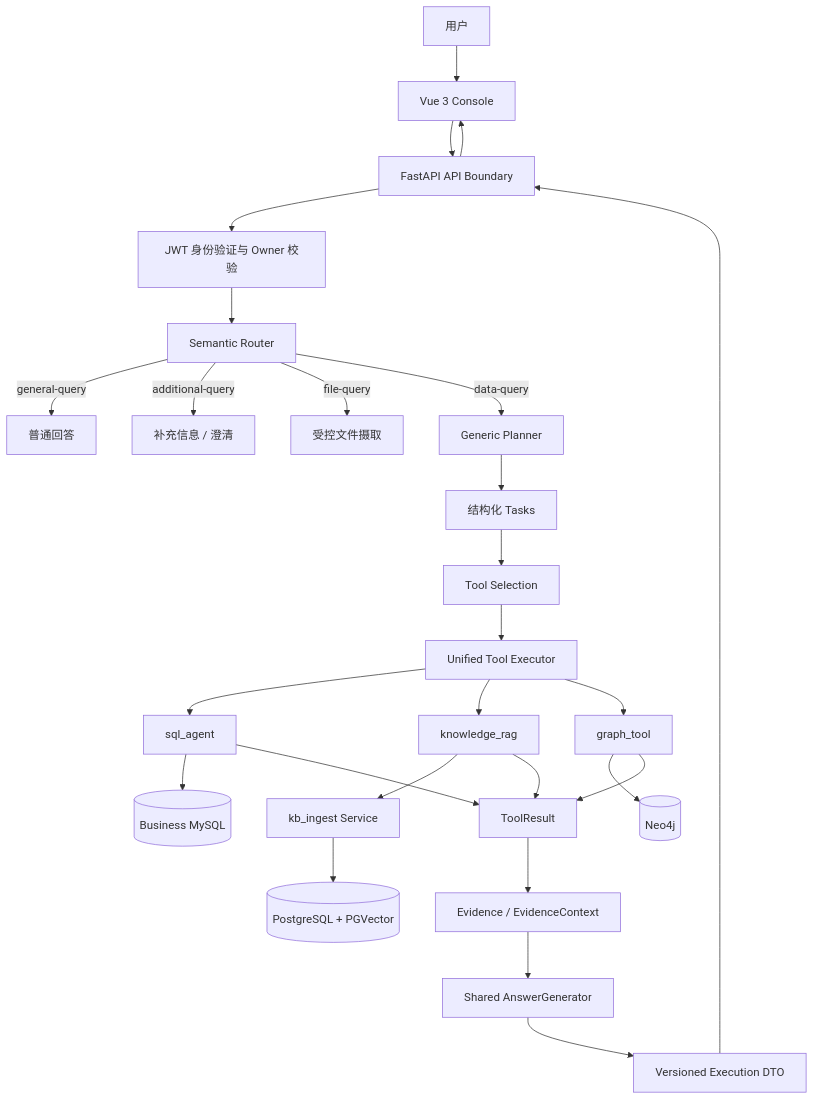
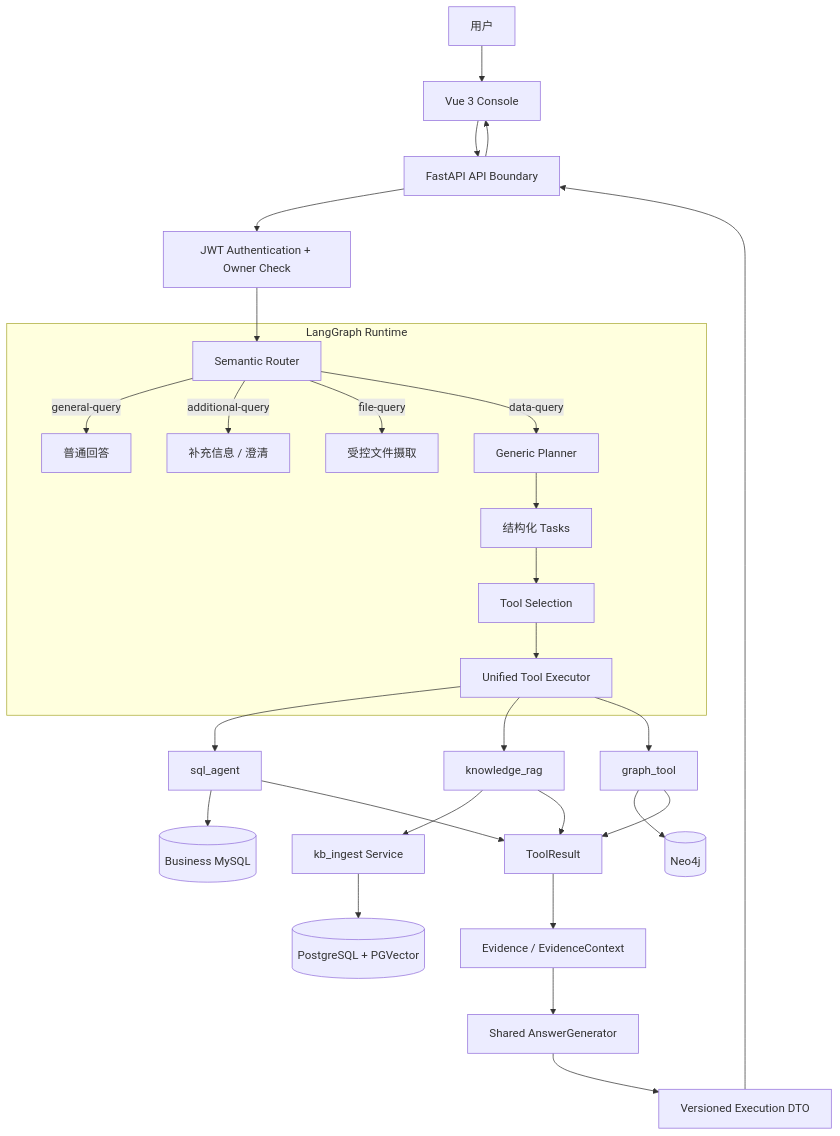
The diagram in README.md (YingliaoO/langgraph-data-agent), drawn with Mermaid before and after one commit. The commit also changed 2 other files, not shown here.

Commit message:
docs: finalize architecture diagrams and links

````diff
--- a/README.md
+++ b/README.md
@@ -29,34 +29,44 @@
-``` mermaid
+```mermaid
 flowchart TB
     U[用户] --> UI[Vue 3 Console]
     UI --> API[FastAPI API Boundary]
-    API --> AUTH[JWT 身份验证与 Owner 校验]
-    AUTH --> ROUTER[Semantic Router]
+    API --> AUTH[JWT Authentication + Owner Check]
 
-    ROUTER -->|general-query| GENERAL[普通回答]
-    ROUTER -->|additional-query| CLARIFY[补充信息 / 澄清]
-    ROUTER -->|file-query| INGEST[受控文件摄取]
-    ROUTER -->|data-query| PLANNER[Generic Planner]
+    subgraph Agent["LangGraph Runtime"]
+        ROUTER[Semantic Router]
+        GENERAL[普通回答]
+        CLARIFY[补充信息 / 澄清]
+        INGEST[受控文件摄取]
+        PLANNER[Generic Planner]
+        TASKS[结构化 Tasks]
+        SELECTOR[Tool Selection]
+        EXECUTOR[Unified Tool Executor]
 
-    PLANNER --> TASKS[结构化 Tasks]
-    TASKS --> SELECTOR[Tool Selection]
-    SELECTOR --> EXECUTOR[Unified Tool Executor]
+        ROUTER -->|general-query| GENERAL
+        ROUTER -->|additional-query| CLARIFY
+        ROUTER -->|file-query| INGEST
+        ROUTER -->|data-query| PLANNER
+        PLANNER --> TASKS --> SELECTOR --> EXECUTOR
+    end
+
+    AUTH --> ROUTER
 
     EXECUTOR --> SQL[sql_agent]
     EXECUTOR --> RAG[knowledge_rag]
     EXECUTOR --> GRAPH[graph_tool]
 
     SQL --> MYSQL[(Business MySQL)]
     RAG --> KB[kb_ingest Service]
     KB --> PG[(PostgreSQL + PGVector)]
     GRAPH --> NEO[(Neo4j)]
 
     SQL --> RESULT[ToolResult]
     RAG --> RESULT
     GRAPH --> RESULT
+
     RESULT --> EVIDENCE[Evidence / EvidenceContext]
     EVIDENCE --> ANSWER[Shared AnswerGenerator]
     ANSWER --> DTO[Versioned Execution DTO]
     DTO --> API
     API --> UI
 ```
````
